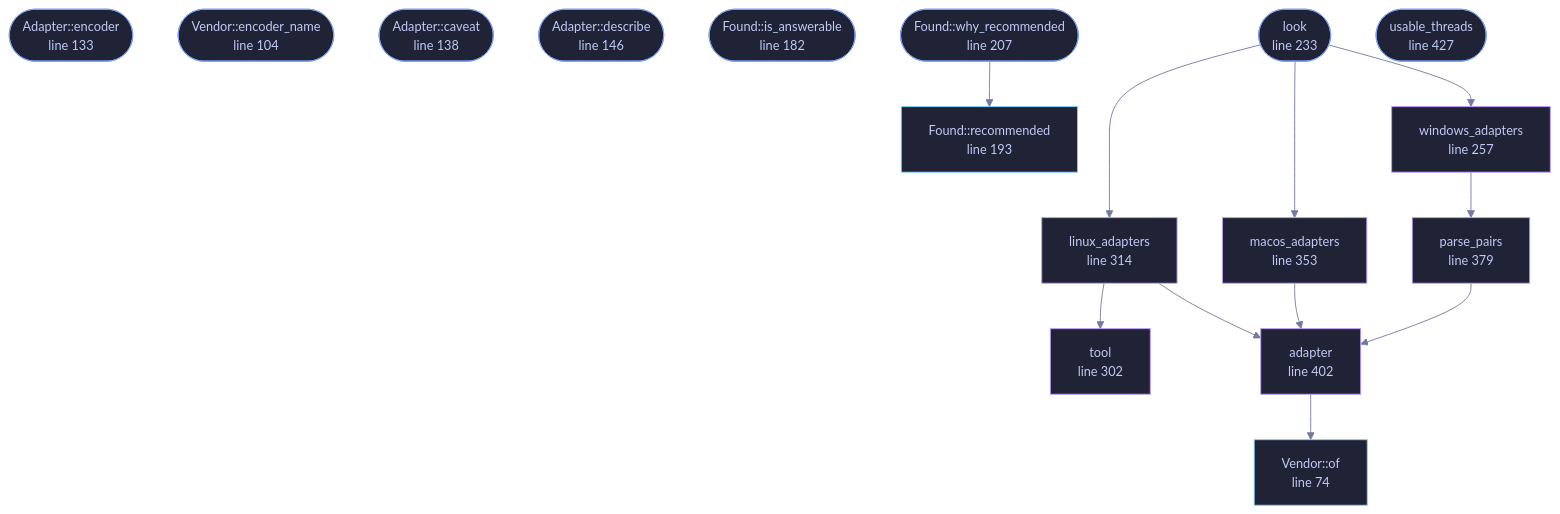
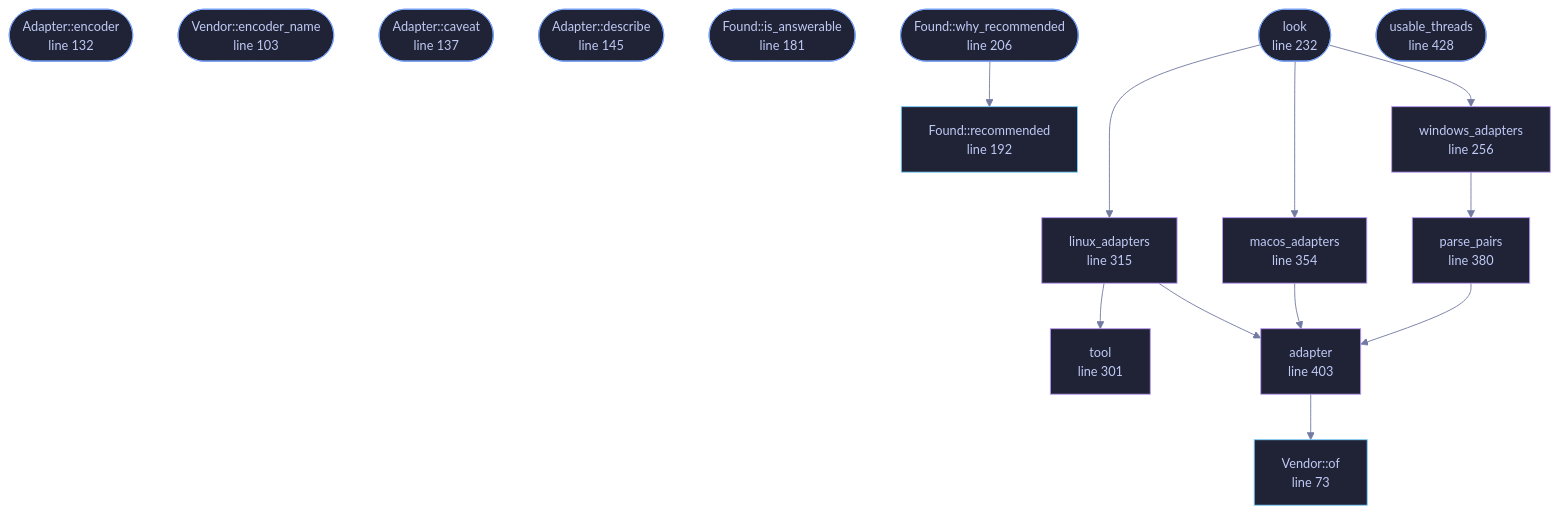
The diagram in docs/files/veilvoice-video/accel.md (tilas01/veilvoice), drawn with Mermaid before and after one commit. The commit also changed other lines of this file and 14 other files, not shown here.

First line of the commit message:
Get main green: an import that was Linux-only, and a guard reading prose

````diff
--- a/docs/files/veilvoice-video/accel.md
+++ b/docs/files/veilvoice-video/accel.md
@@ -119,54 +119,54 @@
 ```mermaid
 %%{init: {"theme":"base","themeVariables":{"background":"#1a1b26","primaryColor":"#1f2335","primaryTextColor":"#c0caf5","primaryBorderColor":"#7aa2f7","secondaryColor":"#16161e","tertiaryColor":"#16161e","lineColor":"#737aa2","textColor":"#c0caf5","mainBkg":"#1f2335","nodeBorder":"#7aa2f7","clusterBkg":"#16161e","clusterBorder":"#2f3549","fontFamily":"ui-monospace, SFMono-Regular, Consolas, monospace","fontSize":"14px"}}}%%
 flowchart TD
-    n_of["Vendor::of<br/>line 74"]
-    n_encoder(["Vendor::encoder<br/>line 93"])
-    n_encoder_name(["Vendor::encoder_name<br/>line 104"])
-    n_encoder(["Adapter::encoder<br/>line 133"])
-    n_caveat(["Adapter::caveat<br/>line 138"])
-    n_describe(["Adapter::describe<br/>line 146"])
-    n_is_answerable(["Found::is_answerable<br/>line 182"])
-    n_recommended["Found::recommended<br/>line 193"]
-    n_why_recommended(["Found::why_recommended<br/>line 207"])
-    n_look(["look<br/>line 233"])
-    n_windows_adapters["windows_adapters<br/>line 257"]
-    n_tool["tool<br/>line 302"]
-    n_linux_adapters["linux_adapters<br/>line 314"]
-    n_macos_adapters["macos_adapters<br/>line 353"]
-    n_parse_pairs["parse_pairs<br/>line 379"]
-    n_adapter["adapter<br/>line 402"]
-    n_usable_threads(["usable_threads<br/>line 427"])
+    n_of["Vendor::of<br/>line 73"]
+    n_encoder(["Vendor::encoder<br/>line 92"])
+    n_encoder_name(["Vendor::encoder_name<br/>line 103"])
+    n_encoder(["Adapter::encoder<br/>line 132"])
+    n_caveat(["Adapter::caveat<br/>line 137"])
+    n_describe(["Adapter::describe<br/>line 145"])
+    n_is_answerable(["Found::is_answerable<br/>line 181"])
+    n_recommended["Found::recommended<br/>line 192"]
+    n_why_recommended(["Found::why_recommended<br/>line 206"])
+    n_look(["look<br/>line 232"])
+    n_windows_adapters["windows_adapters<br/>line 256"]
+    n_tool["tool<br/>line 301"]
+    n_linux_adapters["linux_adapters<br/>line 315"]
+    n_macos_adapters["macos_adapters<br/>line 354"]
+    n_parse_pairs["parse_pairs<br/>line 380"]
+    n_adapter["adapter<br/>line 403"]
+    n_usable_threads(["usable_threads<br/>line 428"])
     n_adapter --> n_of
     n_linux_adapters --> n_adapter
     n_linux_adapters --> n_tool
     n_look --> n_linux_adapters
     n_look --> n_macos_adapters
     n_look --> n_windows_adapters
     n_macos_adapters --> n_adapter
     n_parse_pairs --> n_adapter
     n_why_recommended --> n_recommended
     n_windows_adapters --> n_parse_pairs
-    click n_of href "https://github.com/tilas01/veilvoice/blob/main/crates/veilvoice-video/src/accel.rs#L74" "open the source"
-    click n_encoder href "https://github.com/tilas01/veilvoice/blob/main/crates/veilvoice-video/src/accel.rs#L93" "open the source"
-    click n_encoder_name href "https://github.com/tilas01/veilvoice/blob/main/crates/veilvoice-video/src/accel.rs#L104" "open the source"
-    click n_encoder href "https://github.com/tilas01/veilvoice/blob/main/crates/veilvoice-video/src/accel.rs#L133" "open the source"
-    click n_caveat href "https://github.com/tilas01/veilvoice/blob/main/crates/veilvoice-video/src/accel.rs#L138" "open the source"
-    click n_describe href "https://github.com/tilas01/veilvoice/blob/main/crates/veilvoice-video/src/accel.rs#L146" "open the source"
-    click n_is_answerable href "https://github.com/tilas01/veilvoice/blob/main/crates/veilvoice-video/src/accel.rs#L182" "open the source"
-    click n_recommended href "https://github.com/tilas01/veilvoice/blob/main/crates/veilvoice-video/src/accel.rs#L193" "open the source"
-    click n_why_recommended href "https://github.com/tilas01/veilvoice/blob/main/crates/veilvoice-video/src/accel.rs#L207" "open the source"
-    click n_look href "https://github.com/tilas01/veilvoice/blob/main/crates/veilvoice-video/src/accel.rs#L233" "open the source"
-    click n_windows_adapters href "https://github.com/tilas01/veilvoice/blob/main/crates/veilvoice-video/src/accel.rs#L257" "open the source"
-    click n_tool href "https://github.com/tilas01/veilvoice/blob/main/crates/veilvoice-video/src/accel.rs#L302" "open the source"
-    click n_linux_adapters href "https://github.com/tilas01/veilvoice/blob/main/crates/veilvoice-video/src/accel.rs#L314" "open the source"
-    click n_macos_adapters href "https://github.com/tilas01/veilvoice/blob/main/crates/veilvoice-video/src/accel.rs#L353" "open the source"
-    click n_parse_pairs href "https://github.com/tilas01/veilvoice/blob/main/crates/veilvoice-video/src/accel.rs#L379" "open the source"
-    click n_adapter href "https://github.com/tilas01/veilvoice/blob/main/crates/veilvoice-video/src/accel.rs#L402" "open the source"
-    click n_usable_threads href "https://github.com/tilas01/veilvoice/blob/main/crates/veilvoice-video/src/accel.rs#L427" "open the source"
+    click n_of href "https://github.com/tilas01/veilvoice/blob/main/crates/veilvoice-video/src/accel.rs#L73" "open the source"
+    click n_encoder href "https://github.com/tilas01/veilvoice/blob/main/crates/veilvoice-video/src/accel.rs#L92" "open the source"
+    click n_encoder_name href "https://github.com/tilas01/veilvoice/blob/main/crates/veilvoice-video/src/accel.rs#L103" "open the source"
+    click n_encoder href "https://github.com/tilas01/veilvoice/blob/main/crates/veilvoice-video/src/accel.rs#L132" "open the source"
+    click n_caveat href "https://github.com/tilas01/veilvoice/blob/main/crates/veilvoice-video/src/accel.rs#L137" "open the source"
+    click n_describe href "https://github.com/tilas01/veilvoice/blob/main/crates/veilvoice-video/src/accel.rs#L145" "open the source"
+    click n_is_answerable href "https://github.com/tilas01/veilvoice/blob/main/crates/veilvoice-video/src/accel.rs#L181" "open the source"
+    click n_recommended href "https://github.com/tilas01/veilvoice/blob/main/crates/veilvoice-video/src/accel.rs#L192" "open the source"
+    click n_why_recommended href "https://github.com/tilas01/veilvoice/blob/main/crates/veilvoice-video/src/accel.rs#L206" "open the source"
+    click n_look href "https://github.com/tilas01/veilvoice/blob/main/crates/veilvoice-video/src/accel.rs#L232" "open the source"
+    click n_windows_adapters href "https://github.com/tilas01/veilvoice/blob/main/crates/veilvoice-video/src/accel.rs#L256" "open the source"
+    click n_tool href "https://github.com/tilas01/veilvoice/blob/main/crates/veilvoice-video/src/accel.rs#L301" "open the source"
+    click n_linux_adapters href "https://github.com/tilas01/veilvoice/blob/main/crates/veilvoice-video/src/accel.rs#L315" "open the source"
+    click n_macos_adapters href "https://github.com/tilas01/veilvoice/blob/main/crates/veilvoice-video/src/accel.rs#L354" "open the source"
+    click n_parse_pairs href "https://github.com/tilas01/veilvoice/blob/main/crates/veilvoice-video/src/accel.rs#L380" "open the source"
+    click n_adapter href "https://github.com/tilas01/veilvoice/blob/main/crates/veilvoice-video/src/accel.rs#L403" "open the source"
+    click n_usable_threads href "https://github.com/tilas01/veilvoice/blob/main/crates/veilvoice-video/src/accel.rs#L428" "open the source"
     classDef entry fill:#1f2335,stroke:#7aa2f7,color:#c0caf5
     class n_encoder,n_encoder_name,n_encoder,n_caveat,n_describe,n_is_answerable,n_why_recommended,n_look,n_usable_threads entry
     classDef api fill:#1f2335,stroke:#7dcfff,color:#c0caf5
     class n_of,n_recommended api
     classDef helper fill:#1f2335,stroke:#bb9af7,color:#c0caf5
     class n_windows_adapters,n_tool,n_linux_adapters,n_macos_adapters,n_parse_pairs,n_adapter helper
 ```
````
